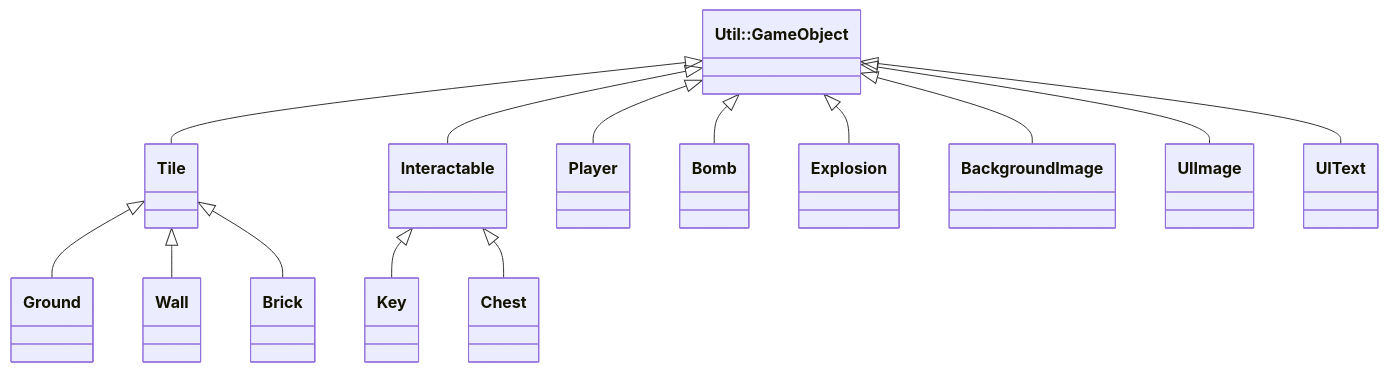
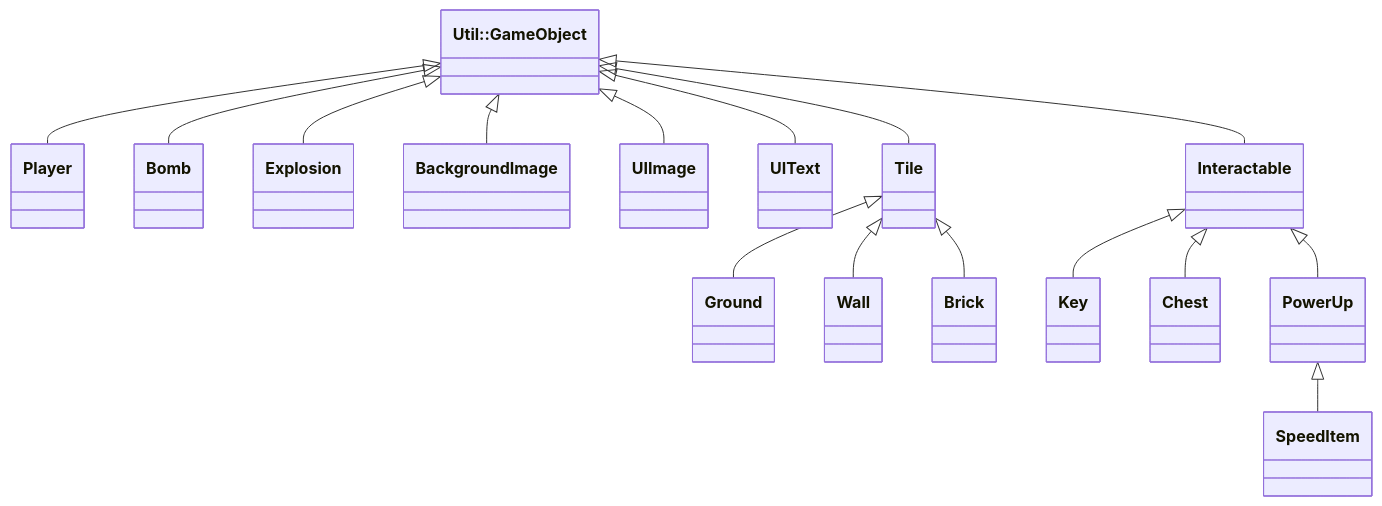
Before and after one commit to chingyen06/OOPL-Super-Bomberman: the first of 2 diagrams in Proposal.md, drawn with Mermaid. The commit also changed other lines of this file and 10 other files, not shown here.

````diff
--- a/Proposal.md
+++ b/Proposal.md
@@ -148,23 +151,27 @@
 ```mermaid
 classDiagram
     direction TB
     class GameObject["Util::GameObject"]
     class Interactable
     class Tile
+    class PowerUp
 
     GameObject <|-- Player
     GameObject <|-- Bomb
     GameObject <|-- Explosion
     GameObject <|-- BackgroundImage
     GameObject <|-- UIImage
     GameObject <|-- UIText
 
     GameObject <|-- Tile
     Tile <|-- Ground
     Tile <|-- Wall
     Tile <|-- Brick
 
     GameObject <|-- Interactable
     Interactable <|-- Key
     Interactable <|-- Chest
+    Interactable <|-- PowerUp
+    
+    PowerUp <|-- SpeedItem
 ```
````
